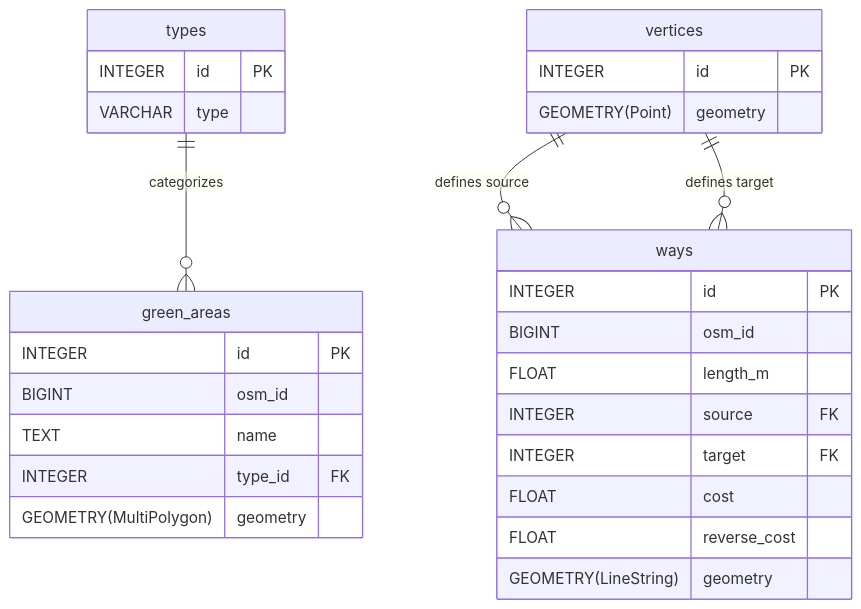
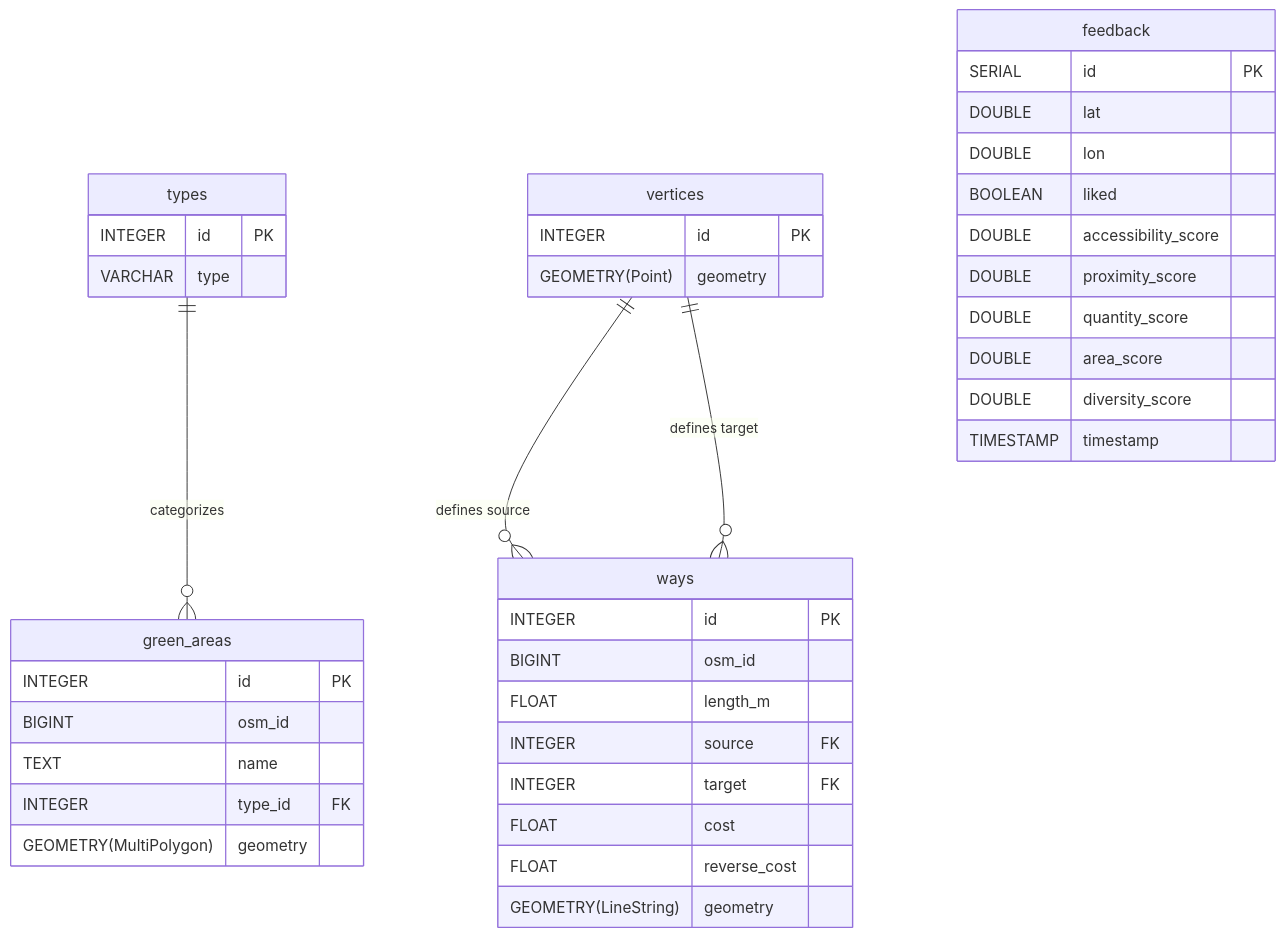
The second of 2 diagrams in README.md (AumGupta/GSA), drawn with Mermaid before and after one commit. The commit also changed other lines of this file, not shown here.

````diff
--- a/README.md
+++ b/README.md
@@ -78,36 +78,49 @@
 ```mermaid
 erDiagram
     types ||--o{ green_areas : "categorizes"
     vertices ||--o{ ways : "defines source"
     vertices ||--o{ ways : "defines target"
 
     types {
         INTEGER id PK
         VARCHAR type
     }
 
     green_areas {
         INTEGER id PK
         BIGINT osm_id
         TEXT name
         INTEGER type_id FK
         GEOMETRY(MultiPolygon) geometry
     }
 
     vertices {
         INTEGER id PK
         GEOMETRY(Point) geometry
     }
 
     ways {
         INTEGER id PK
         BIGINT osm_id
         FLOAT length_m
         INTEGER source FK
         INTEGER target FK
         FLOAT cost
         FLOAT reverse_cost
         GEOMETRY(LineString) geometry
     }
 
+    feedback {
+        SERIAL id PK
+        DOUBLE lat
+        DOUBLE lon
+        BOOLEAN liked
+        DOUBLE accessibility_score
+        DOUBLE proximity_score
+        DOUBLE quantity_score
+        DOUBLE area_score
+        DOUBLE diversity_score
+        TIMESTAMP timestamp
+    }
+
 ```
````
